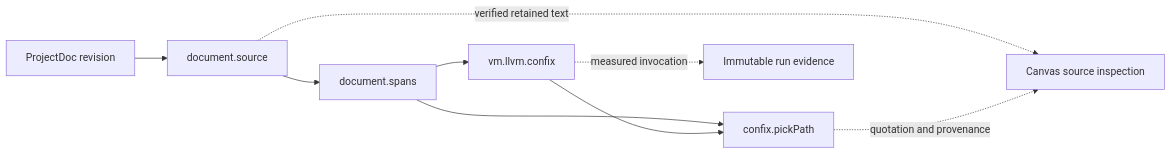
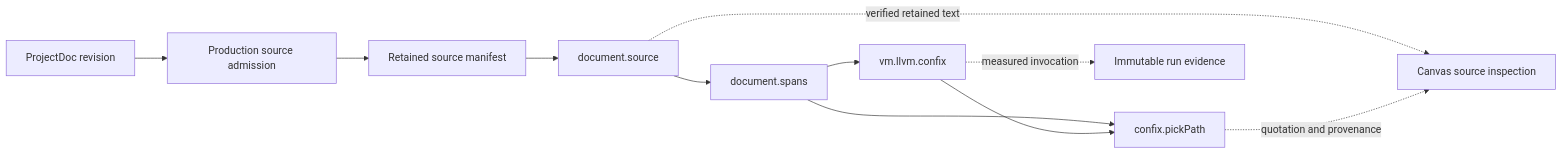
Before and after one commit to jnorthrup/TrikeShed: the diagram in docs/airgap/05-document-traversal.md, drawn with Mermaid. The commit also changed other lines of this file and 2 other files, not shown here.

Commit message:
Preserve source identities across exact JSON integer transport

````diff
--- a/docs/airgap/05-document-traversal.md
+++ b/docs/airgap/05-document-traversal.md
@@ -44,11 +44,13 @@
 ```mermaid
 flowchart LR
-  D["ProjectDoc revision"] --> S["document.source"]
+  D["ProjectDoc revision"] --> A["Production source admission"]
+  A --> R["Retained source manifest"]
+  R --> S["document.source"]
   S --> P["document.spans"]
   P --> N["vm.llvm.confix"]
   P --> Q["confix.pickPath"]
   N --> Q
   S -. "verified retained text" .-> V["Canvas source inspection"]
   Q -. "quotation and provenance" .-> V
   N -. "measured invocation" .-> E["Immutable run evidence"]
 ```
````
